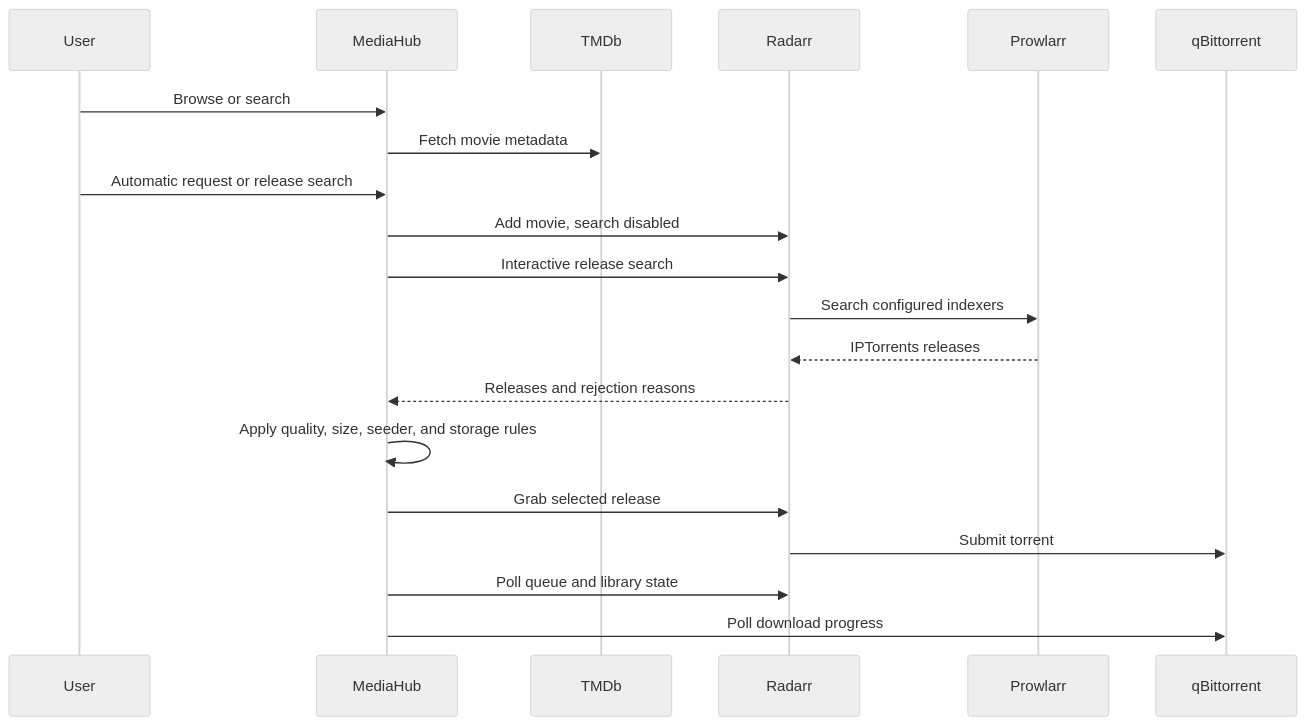
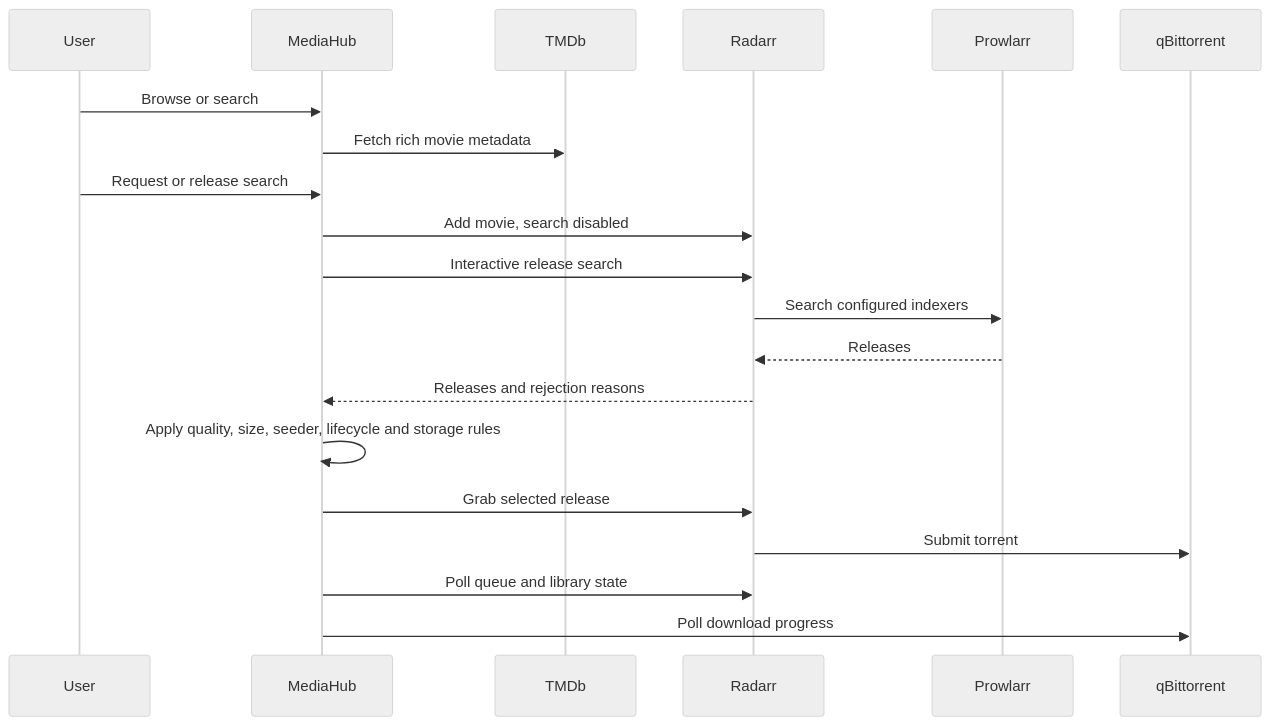
Before and after one commit to stunwill/media-request-home-assistant: the diagram in docs/ARCHITECTURE.md, drawn with Mermaid (neutral theme). The commit also changed other lines of this file, not shown here.

Commit message:
Document rich movie detail architecture

````diff
--- a/docs/ARCHITECTURE.md
+++ b/docs/ARCHITECTURE.md
@@ -89,22 +115,22 @@
 ```mermaid
 sequenceDiagram
     participant U as User
     participant M as MediaHub
     participant T as TMDb
     participant R as Radarr
     participant P as Prowlarr
     participant Q as qBittorrent
     U->>M: Browse or search
-    M->>T: Fetch movie metadata
-    U->>M: Automatic request or release search
+    M->>T: Fetch rich movie metadata
+    U->>M: Request or release search
     M->>R: Add movie, search disabled
     M->>R: Interactive release search
     R->>P: Search configured indexers
-    P-->>R: IPTorrents releases
+    P-->>R: Releases
     R-->>M: Releases and rejection reasons
-    M->>M: Apply quality, size, seeder, and storage rules
+    M->>M: Apply quality, size, seeder, lifecycle and storage rules
     M->>R: Grab selected release
     R->>Q: Submit torrent
     M->>R: Poll queue and library state
     M->>Q: Poll download progress
 ```
````
